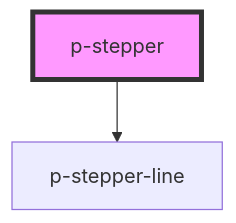
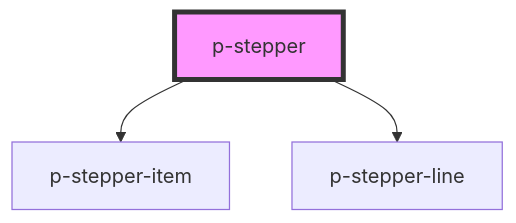
The diagram in packages/core/src/components/organisms/stepper/readme.md (Employes/Paperless), drawn with Mermaid before and after one commit. The commit also changed other lines of this file and 4 other files, not shown here.

````diff
--- a/packages/core/src/components/organisms/stepper/readme.md
+++ b/packages/core/src/components/organisms/stepper/readme.md
@@ -26,5 +28,6 @@
 ```mermaid
 graph TD;
+  p-stepper --> p-stepper-item
   p-stepper --> p-stepper-line
   style p-stepper fill:#f9f,stroke:#333,stroke-width:4px
 ```
````
